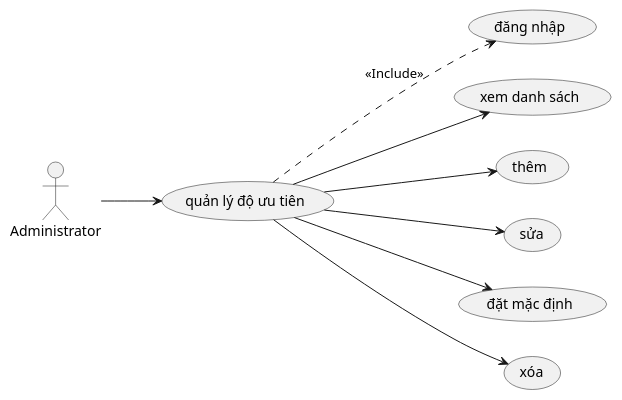
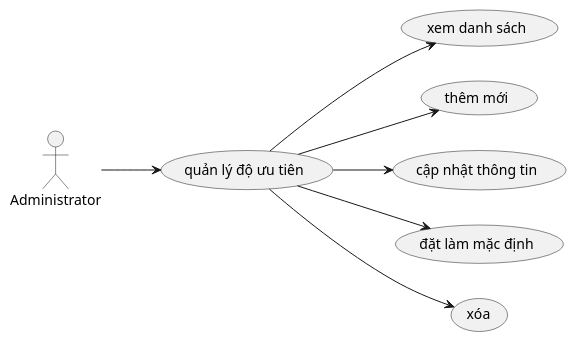
Before and after one commit to docuong039/worksphere: the diagram in docs/use-cases/06_quan_ly_do_uu_tien.md, drawn with PlantUML. The commit also changed 26 other files, not shown here.

Commit message:
update diagram

````diff
--- a/docs/use-cases/06_quan_ly_do_uu_tien.md
+++ b/docs/use-cases/06_quan_ly_do_uu_tien.md
@@ -5,27 +5,24 @@
 ```plantuml
 @startuml
 left to right direction
 actor "Administrator" as Admin
 
-usecase "đăng nhập" as UC_Login
 usecase "quản lý độ ưu tiên" as UC_ManagePriority
 
 ' Các use case con
 usecase "xem danh sách" as UC01
-usecase "thêm" as UC02
-usecase "sửa" as UC03
-usecase "đặt mặc định" as UC04
+usecase "thêm mới" as UC02
+usecase "cập nhật thông tin" as UC03
+usecase "đặt làm mặc định" as UC04
 usecase "xóa" as UC05
 
 Admin --> UC_ManagePriority
 
 UC_ManagePriority --> UC01
 UC_ManagePriority --> UC02
 UC_ManagePriority --> UC03
 UC_ManagePriority --> UC04
 UC_ManagePriority --> UC05
 
-UC_ManagePriority ..> UC_Login : <<Include>>
-
 @enduml
 ```
````
